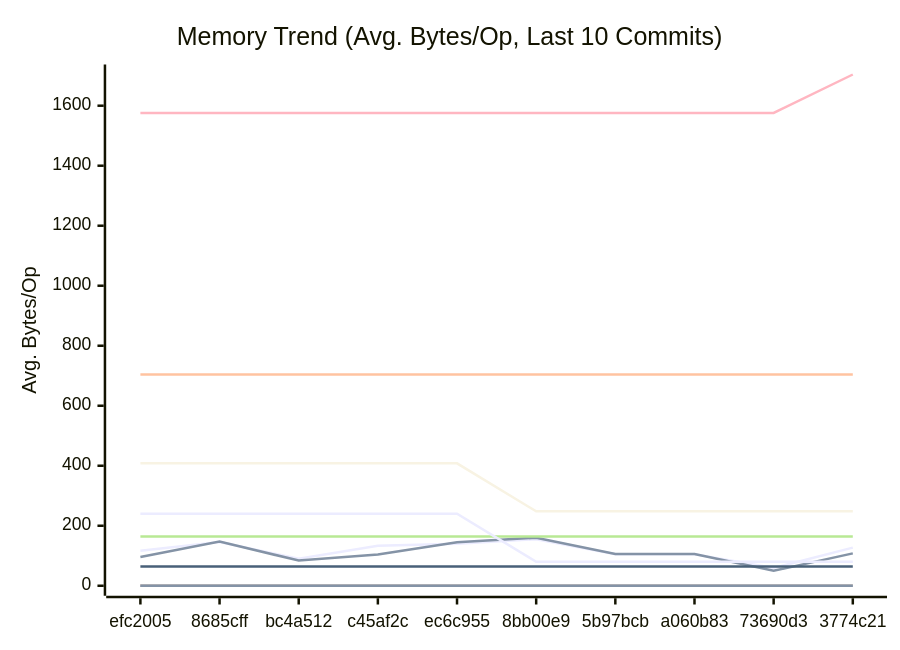
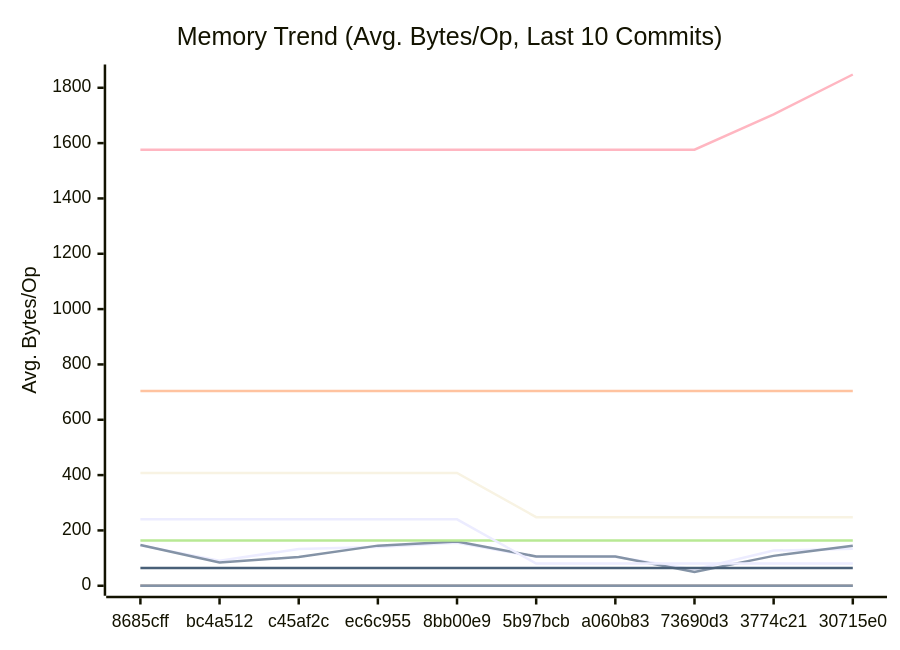
One commit to alsotoes/momo changed the second of 3 diagrams in docs/PERFORMANCE.md. Above: the diagram before and after it, drawn with Mermaid. The commit also changed other lines of this file and 12 other files, not shown here.

````diff
--- a/docs/PERFORMANCE.md
+++ b/docs/PERFORMANCE.md
@@ -172,20 +172,20 @@
 ```mermaid
 xychart-beta
     title "Memory Trend (Avg. Bytes/Op, Last 10 Commits)"
     x-axis "Commit"
     y-axis "Avg. Bytes/Op"
-    x-axis [efc2005,8685cff,bc4a512,c45af2c,ec6c955,8bb00e9,5b97bcb,a060b83,73690d3,3774c21]
-    line "AWSChunkedReaderSigned" [117,146,90,133,140,155,105,105,59,127]
-    line "AWSChunkedReaderUnsigned" [96,147,84,104,145,160,106,106,50,108]
+    x-axis [8685cff,bc4a512,c45af2c,ec6c955,8bb00e9,5b97bcb,a060b83,73690d3,3774c21,30715e0]
+    line "AWSChunkedReaderSigned" [146,90,133,140,155,105,105,59,127,134]
+    line "AWSChunkedReaderUnsigned" [147,84,104,145,160,106,106,50,108,145]
     line "CheckMetricsAndSwap" [0,0,0,0,0,0,0,0,0,0]
     line "CrushOptimized" [0,0,0,0,0,0,0,0,0,0]
     line "CrushOriginal" [164,164,164,164,164,164,164,164,164,164]
     line "IndexDirectTracking" [0,0,0,0,0,0,0,0,0,0]
     line "IndexSearch" [0,0,0,0,0,0,0,0,0,0]
-    line "LoadGlobalConfig" [1576,1576,1576,1576,1576,1576,1576,1576,1576,1704]
+    line "LoadGlobalConfig" [1576,1576,1576,1576,1576,1576,1576,1576,1704,1848]
     line "PadString" [64,64,64,64,64,64,64,64,64,64]
     line "ParseReplicationOrder_NoPrealloc" [408,408,408,408,408,248,248,248,248,248]
     line "ParseReplicationOrder_Prealloc" [240,240,240,240,240,80,80,80,80,80]
     line "SanitizeLog/Safe" [0,0,0,0,0,0,0,0,0,0]
     line "SanitizeLog/Unsafe" [704,704,704,704,704,704,704,704,704,704]
 ```
````
